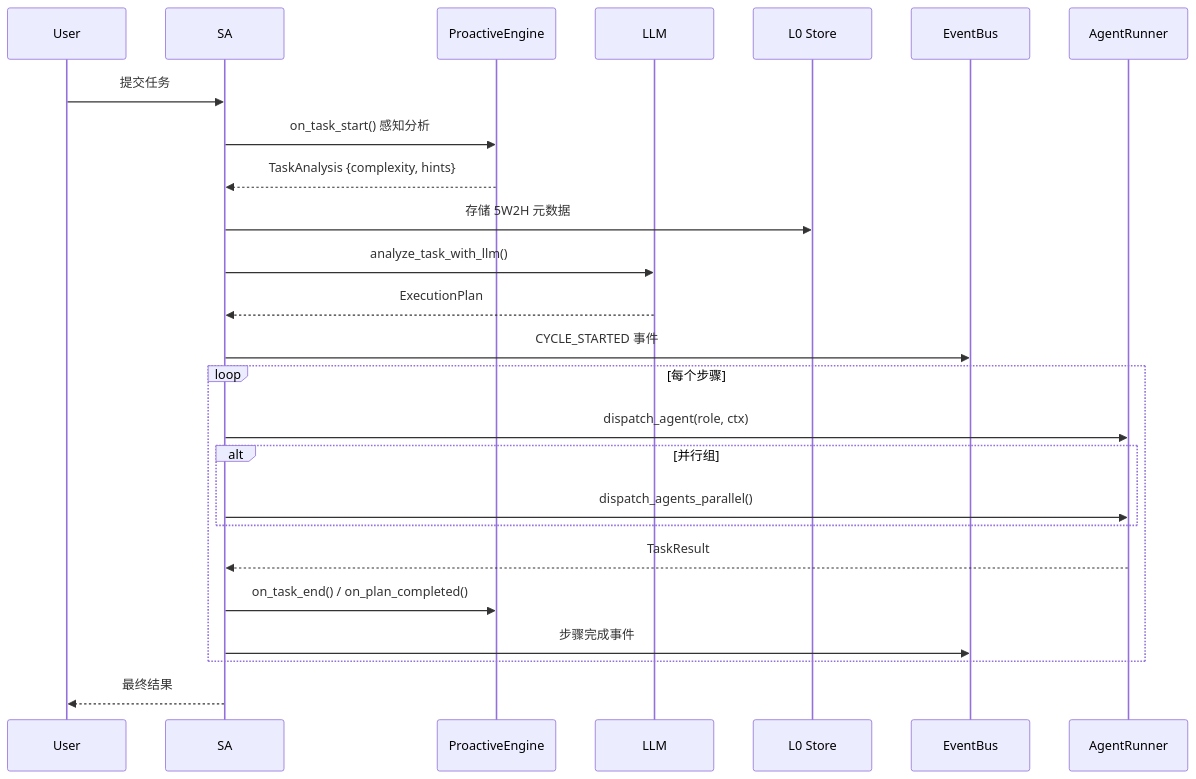
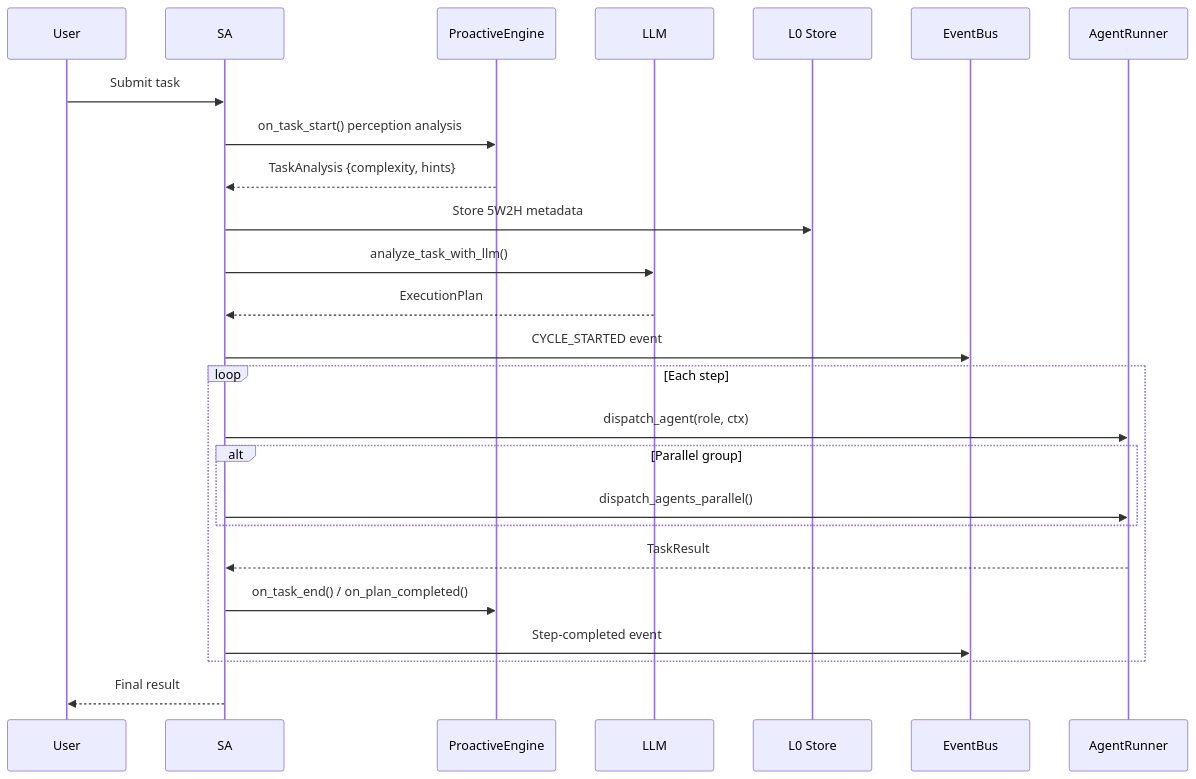
One commit to skaiy/wild_agentos changed the second of 6 diagrams in docs/01-agent-management.md. Above: the diagram before and after it, drawn with Mermaid. The commit also changed other lines of this file and 23 other files, not shown here.

````diff
--- a/docs/01-agent-management.md
+++ b/docs/01-agent-management.md
@@ -102,30 +93,27 @@
 ```mermaid
 sequenceDiagram
     participant User
     participant SA
     participant PE as ProactiveEngine
     participant LLM
     participant L0 as L0 Store
     participant EB as EventBus
     participant AR as AgentRunner
-
-    User->>SA: 提交任务
-    SA->>PE: on_task_start() 感知分析
+    User->>SA: Submit task
+    SA->>PE: on_task_start() perception analysis
     PE-->>SA: TaskAnalysis {complexity, hints}
-    SA->>L0: 存储 5W2H 元数据
+    SA->>L0: Store 5W2H metadata
     SA->>LLM: analyze_task_with_llm()
     LLM-->>SA: ExecutionPlan
-    SA->>EB: CYCLE_STARTED 事件
-    
-    loop 每个步骤
+    SA->>EB: CYCLE_STARTED event
+    loop Each step
         SA->>AR: dispatch_agent(role, ctx)
-        alt 并行组
+        alt Parallel group
             SA->>AR: dispatch_agents_parallel()
         end
         AR-->>SA: TaskResult
         SA->>PE: on_task_end() / on_plan_completed()
-        SA->>EB: 步骤完成事件
+        SA->>EB: Step-completed event
     end
-    
-    SA-->>User: 最终结果
+    SA-->>User: Final result
 ```
````
